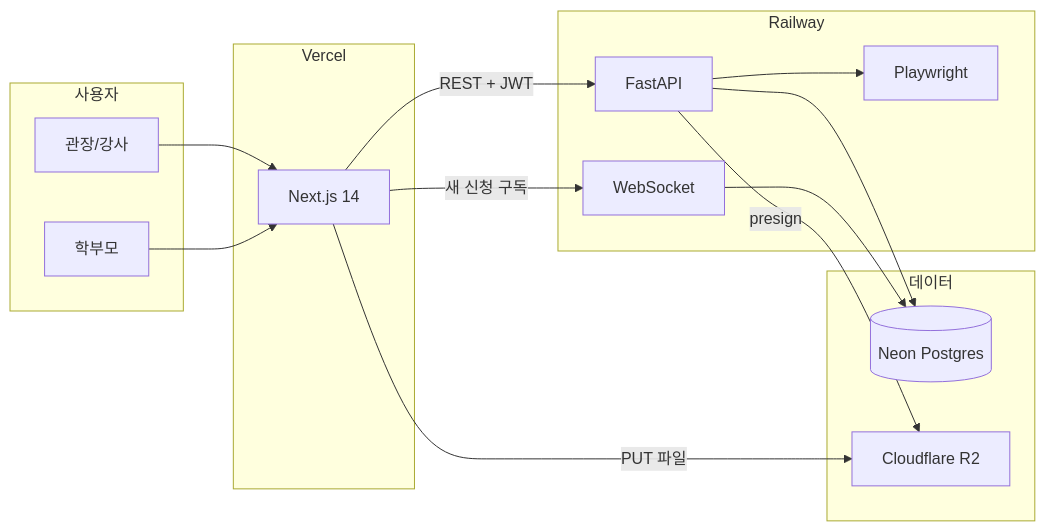
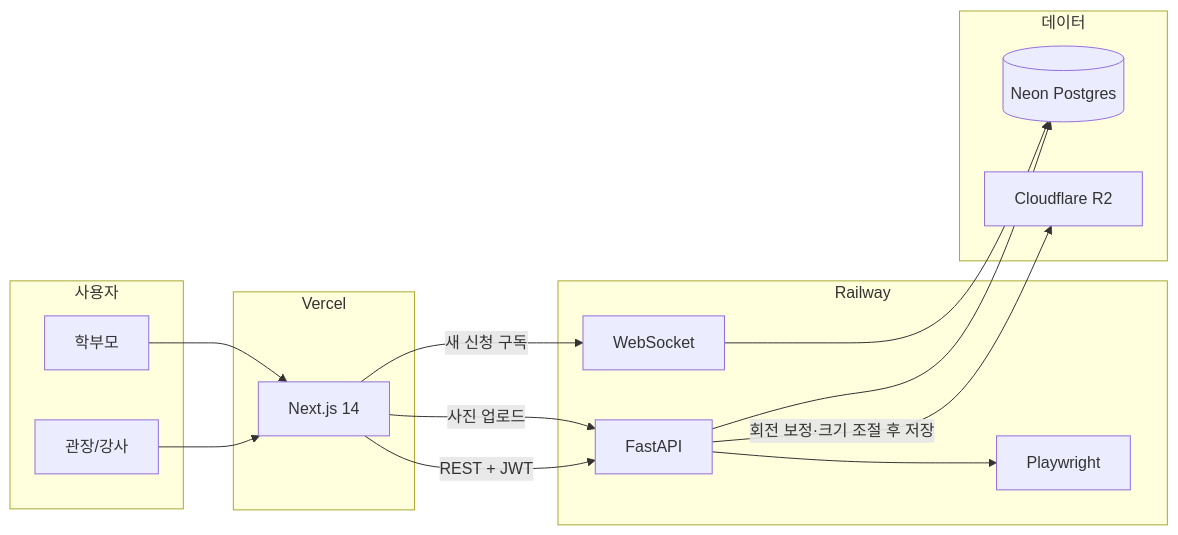
The diagram in docs/프로젝트.md (monenon-dev/pumsae), drawn with Mermaid before and after one commit. The commit also changed other lines of this file, not shown here.

````diff
--- a/docs/프로젝트.md
+++ b/docs/프로젝트.md
@@ -119,32 +128,32 @@
 ```mermaid
 flowchart LR
   subgraph clients [사용자]
     Owner[관장/강사]
     Parent[학부모]
   end
 
   subgraph vercel [Vercel]
     Next[Next.js 14]
   end
 
   subgraph railway [Railway]
     API[FastAPI]
     WS[WebSocket]
     PW[Playwright]
   end
 
   subgraph data [데이터]
     Neon[(Neon Postgres)]
     R2[Cloudflare R2]
   end
 
   Owner --> Next
   Parent --> Next
   Next -->|"REST + JWT"| API
   Next -->|"새 신청 구독"| WS
   API --> Neon
-  API -->|"presign"| R2
-  Next -->|"PUT 파일"| R2
+  Next -->|"사진 업로드"| API
+  API -->|"회전 보정·크기 조절 후 저장"| R2
   API --> PW
   WS --> Neon
 ```
````
